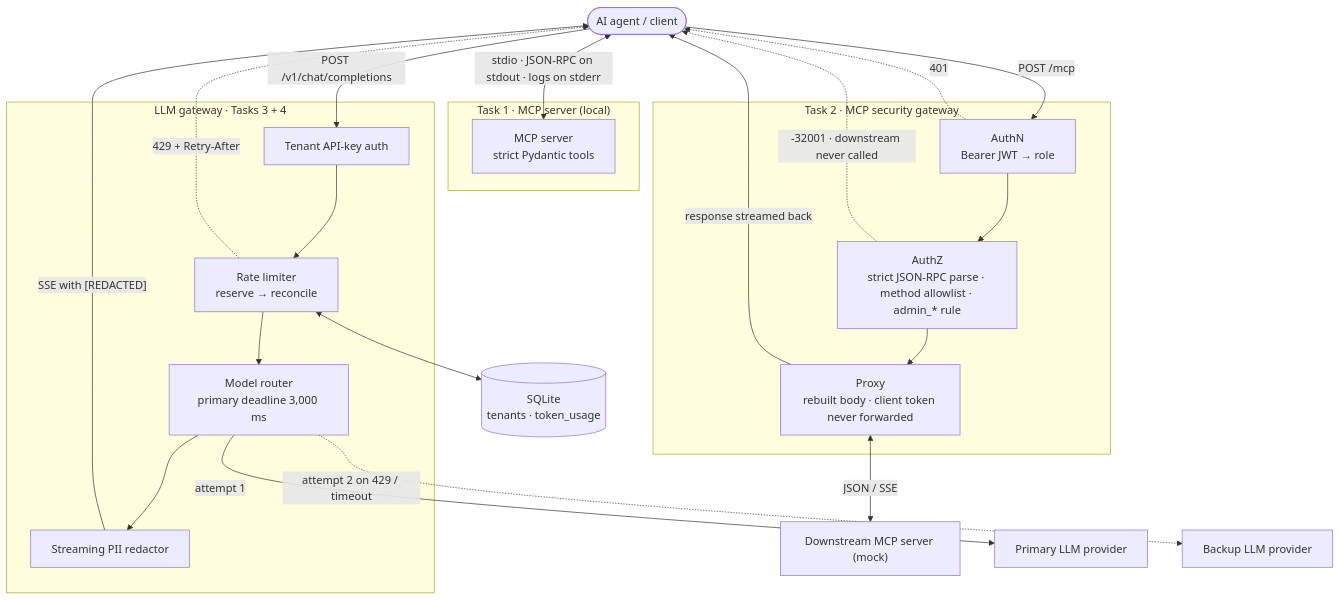
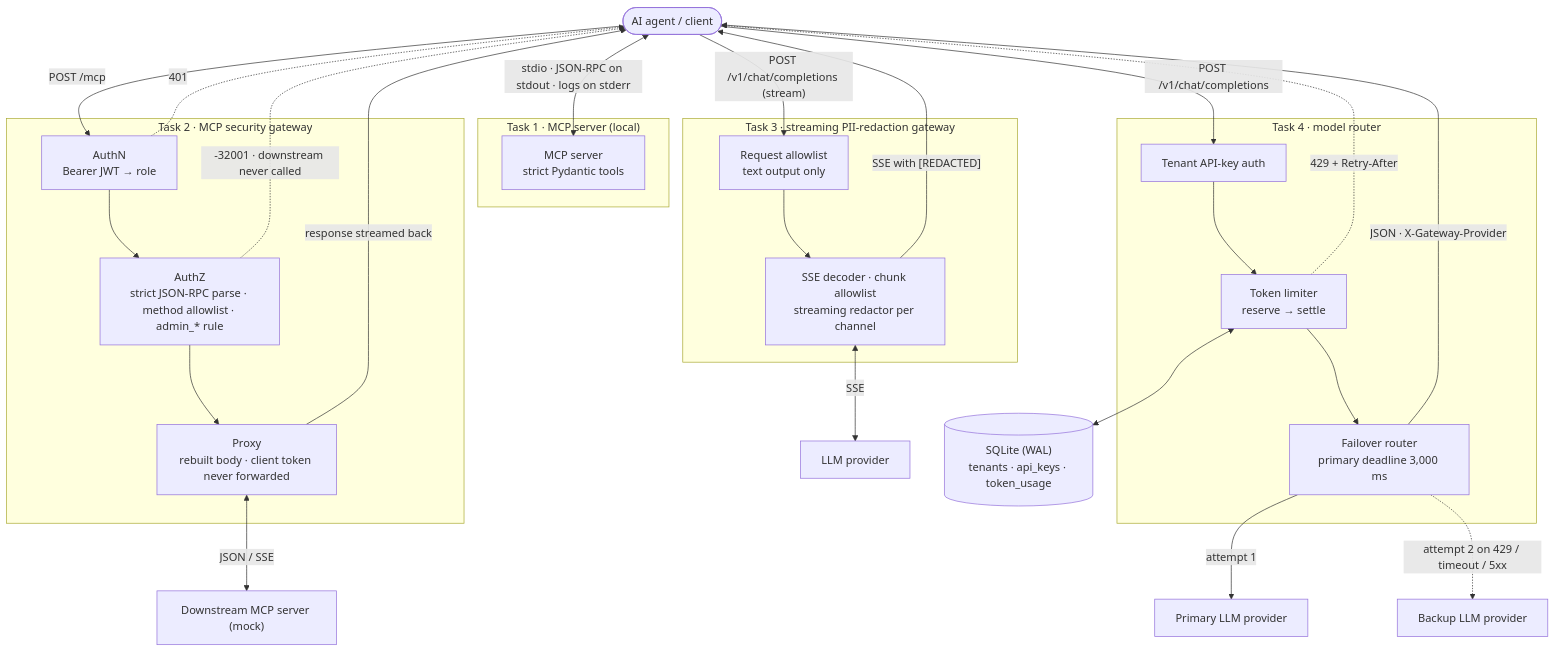
The diagram in README.md (x-string/ai-infrastructure-mcp-llm-gateway), drawn with Mermaid before and after one commit. The commit also changed other lines of this file and 4 other files, not shown here.

````diff
--- a/README.md
+++ b/README.md
@@ -19,25 +19,31 @@
 ```mermaid
 flowchart TB
     agent(["AI agent / client"])
     subgraph T1["Task 1 · MCP server (local)"]
         mcpserver["MCP server<br/>strict Pydantic tools"]
     end
     agent <-->|"stdio · JSON-RPC on stdout · logs on stderr"| mcpserver
     subgraph T2["Task 2 · MCP security gateway"]
         authn["AuthN<br/>Bearer JWT → role"] --> authz["AuthZ<br/>strict JSON-RPC parse · method allowlist · admin_* rule"] --> proxy["Proxy<br/>rebuilt body · client token never forwarded"]
     end
     agent -->|"POST /mcp"| authn
     authn -.->|"401"| agent
     authz -.->|"-32001 · downstream never called"| agent
     proxy <-->|"JSON / SSE"| downstream["Downstream MCP server (mock)"]
     proxy -->|"response streamed back"| agent
-    subgraph LLM["LLM gateway · Tasks 3 + 4"]
-        tenant["Tenant API-key auth"] --> limiter["Rate limiter<br/>reserve → reconcile"] --> router["Model router<br/>primary deadline 3,000 ms"] --> redactor["Streaming PII redactor"]
+    subgraph T3["Task 3 · streaming PII-redaction gateway"]
+        allow["Request allowlist<br/>text output only"] --> relay["SSE decoder · chunk allowlist<br/>streaming redactor per channel"]
+    end
+    agent -->|"POST /v1/chat/completions (stream)"| allow
+    relay <-->|"SSE"| provider["LLM provider"]
+    relay -->|"SSE with [REDACTED]"| agent
+    subgraph T4["Task 4 · model router"]
+        tenant["Tenant API-key auth"] --> limiter["Token limiter<br/>reserve → settle"] --> router["Failover router<br/>primary deadline 3,000 ms"]
     end
     agent -->|"POST /v1/chat/completions"| tenant
-    limiter <--> db[("SQLite<br/>tenants · token_usage")]
+    limiter <--> db[("SQLite (WAL)<br/>tenants · api_keys · token_usage")]
     limiter -.->|"429 + Retry-After"| agent
     router -->|"attempt 1"| primary["Primary LLM provider"]
-    router -.->|"attempt 2 on 429 / timeout"| backup["Backup LLM provider"]
-    redactor -->|"SSE with [REDACTED]"| agent
+    router -.->|"attempt 2 on 429 / timeout / 5xx"| backup["Backup LLM provider"]
+    router -->|"JSON · X-Gateway-Provider"| agent
 ```
````
